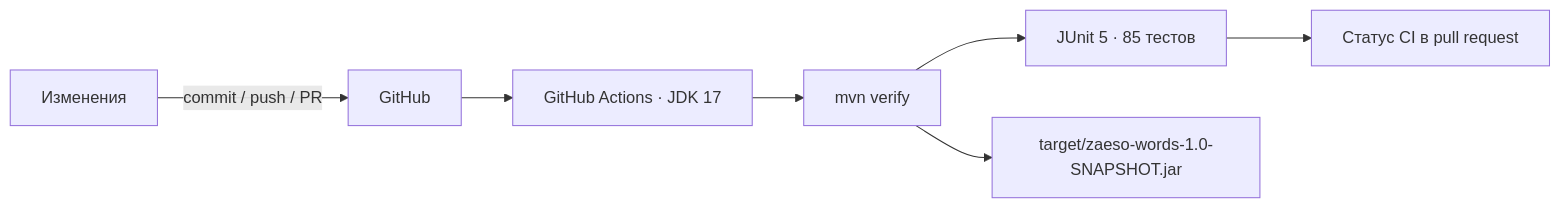
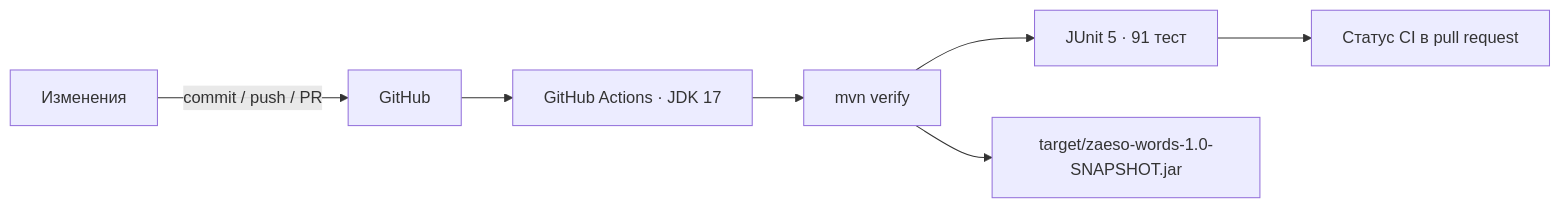
Before and after one commit to zaeso/zaeso-Words: the third of 4 diagrams in zaeso-Words-Roadmap.md, drawn with Mermaid. The commit also changed other lines of this file, not shown here.

````diff
--- a/zaeso-Words-Roadmap.md
+++ b/zaeso-Words-Roadmap.md
@@ -180,9 +198,9 @@
 ```mermaid
 flowchart LR
     DEV["Изменения"] -->|"commit / push / PR"| GH["GitHub"]
     GH --> CI["GitHub Actions · JDK 17"]
     CI --> MVN["mvn verify"]
-    MVN --> TESTS["JUnit 5 · 85 тестов"]
+    MVN --> TESTS["JUnit 5 · 91 тест"]
     MVN --> JAR["target/zaeso-words-1.0-SNAPSHOT.jar"]
     TESTS --> STATUS["Статус CI в pull request"]
 ```
````
